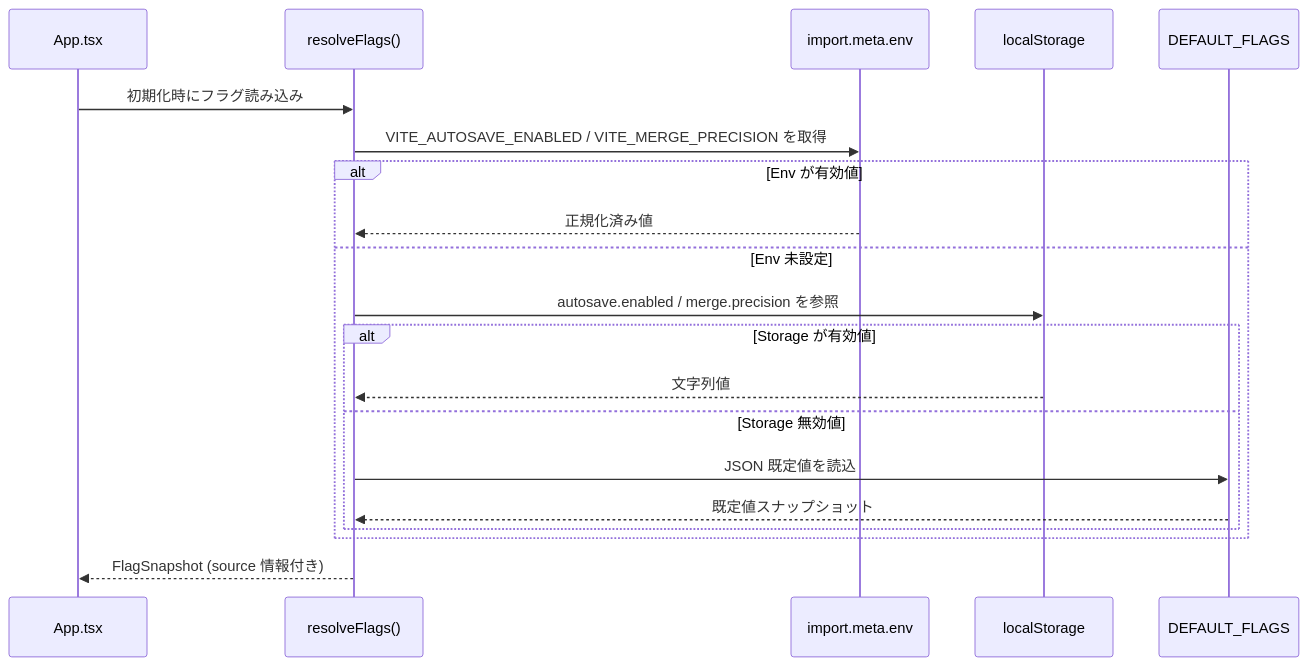
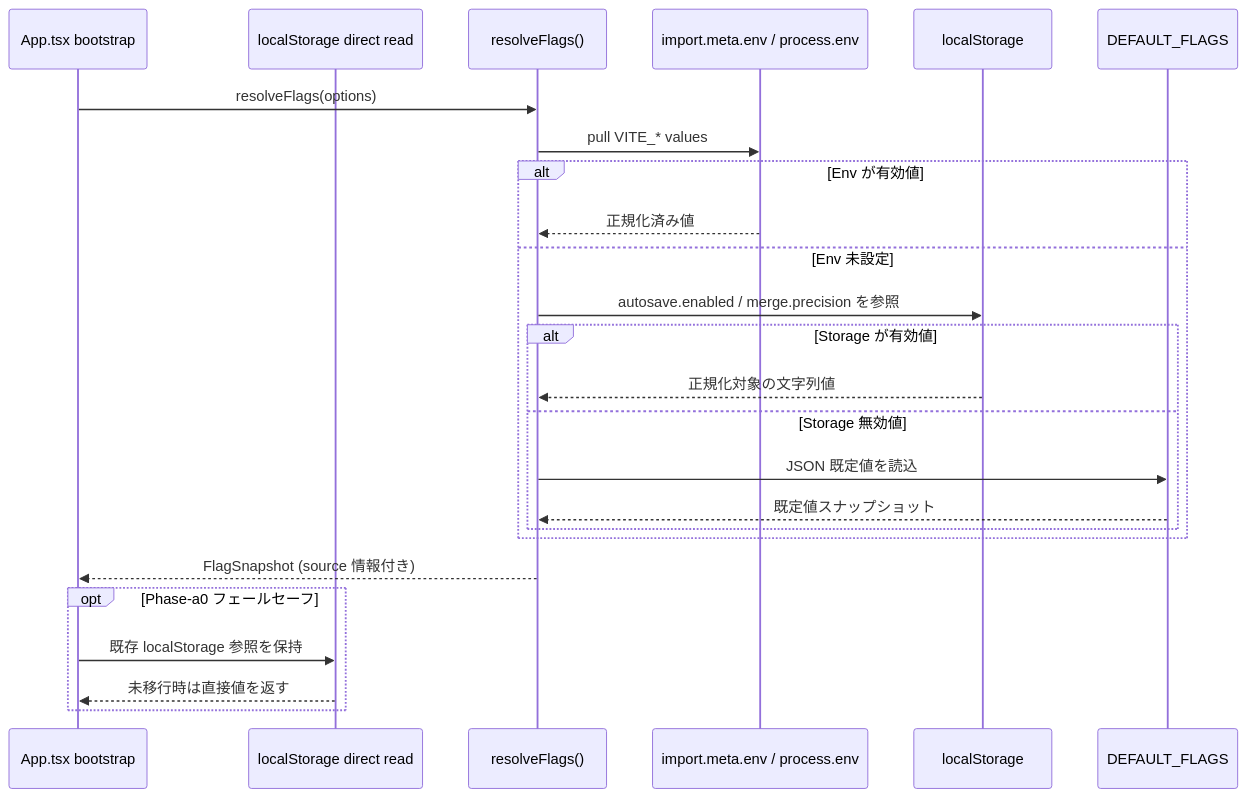
Before and after one commit to RNA4219/Conimgponic: the first of 8 diagrams in docs/IMPLEMENTATION-PLAN.md, drawn with Mermaid. The commit also changed other lines of this file and 1 other file, not shown here.

````diff
--- a/docs/IMPLEMENTATION-PLAN.md
+++ b/docs/IMPLEMENTATION-PLAN.md
@@ -27,23 +27,28 @@
 ```mermaid
 sequenceDiagram
-    participant App as App.tsx
+    participant App as App.tsx bootstrap
+    participant Legacy as localStorage direct read
     participant Flags as resolveFlags()
-    participant Env as import.meta.env
+    participant Env as import.meta.env / process.env
     participant Storage as localStorage
     participant Defaults as DEFAULT_FLAGS
 
-    App->>Flags: 初期化時にフラグ読み込み
-    Flags->>Env: VITE_AUTOSAVE_ENABLED / VITE_MERGE_PRECISION を取得
+    App->>Flags: resolveFlags(options)
+    Flags->>Env: pull VITE_* values
     alt Env が有効値
         Env-->>Flags: 正規化済み値
     else Env 未設定
         Flags->>Storage: autosave.enabled / merge.precision を参照
         alt Storage が有効値
-            Storage-->>Flags: 文字列値
+            Storage-->>Flags: 正規化対象の文字列値
         else Storage 無効値
             Flags->>Defaults: JSON 既定値を読込
             Defaults-->>Flags: 既定値スナップショット
         end
     end
     Flags-->>App: FlagSnapshot (source 情報付き)
+    opt Phase-a0 フェールセーフ
+        App->>Legacy: 既存 localStorage 参照を保持
+        Legacy-->>App: 未移行時は直接値を返す
+    end
 ```
````
